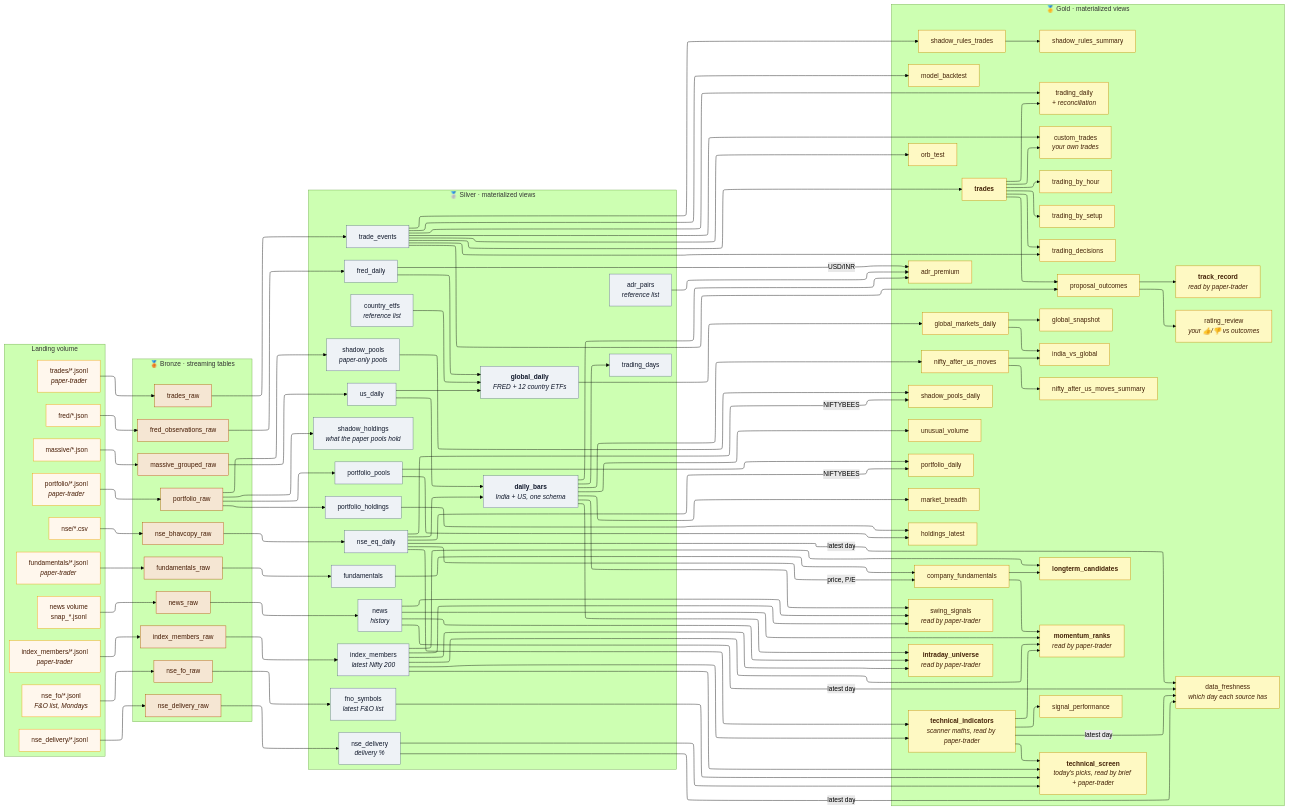
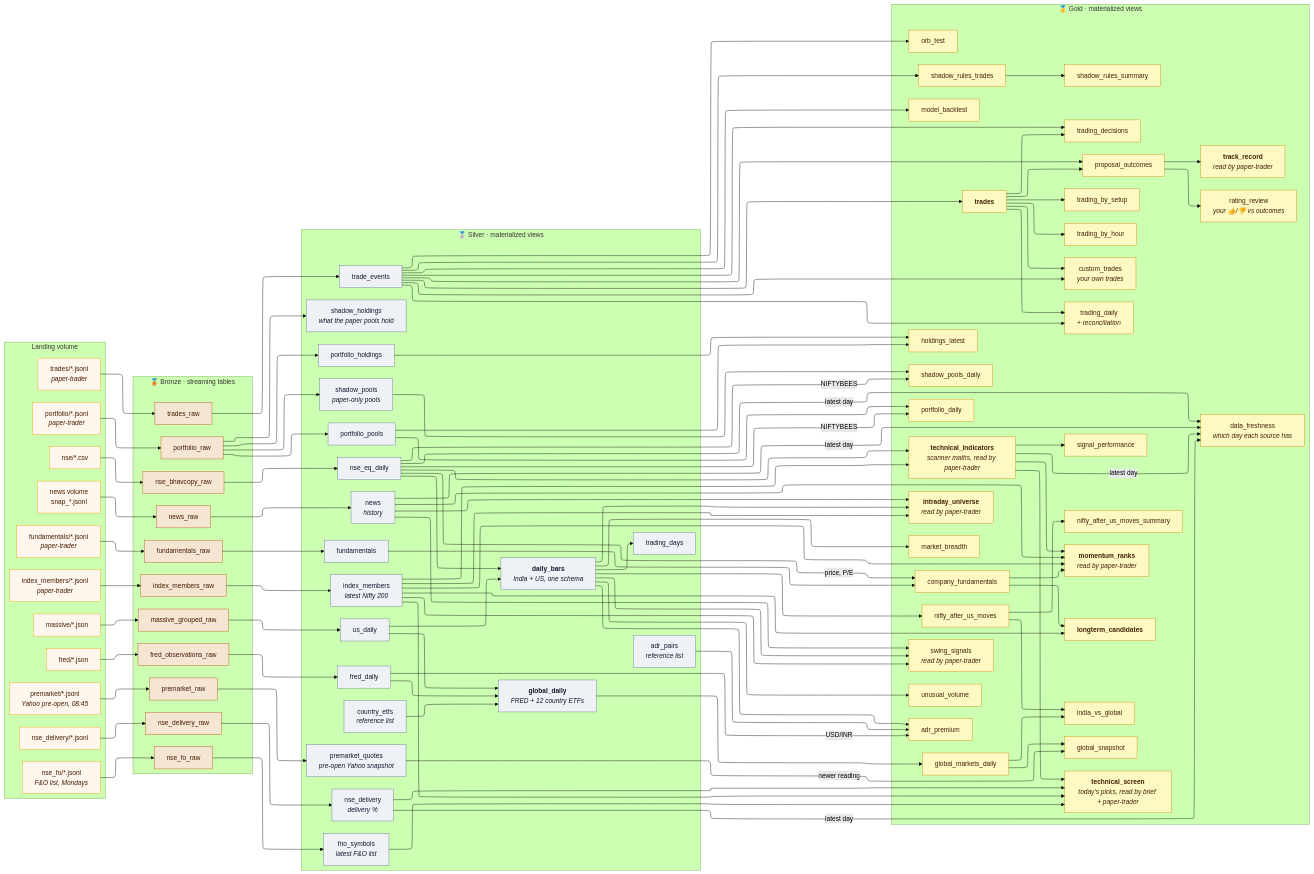
Before and after one commit to bumblebee26/stocks_lakehouse: the diagram in docs/diagrams/03_lineage.mmd, drawn with Mermaid (forest theme). The commit also changed 19 other files, not shown here.

First line of the commit message:
Docs: pre-open snapshot job, nearer-target and retest shadow labels (#59)

```diff
--- a/docs/diagrams/03_lineage.mmd
+++ b/docs/diagrams/03_lineage.mmd
@@ -1,169 +1,173 @@
 ---
 config:
   layout: elk
   elk:
     mergeEdges: false
     nodePlacementStrategy: NETWORK_SIMPLEX
 ---
 flowchart LR
     subgraph LAND["Landing volume"]
         direction TB
         LN["nse/*.csv"]
         LD["nse_delivery/*.jsonl"]
         LO["nse_fo/*.jsonl<br/><i>F&amp;O list, Mondays</i>"]
         LM["massive/*.json"]
         LF["fred/*.json"]
+        LY["premarket/*.jsonl<br/><i>Yahoo pre-open, 08:45</i>"]
         LT["trades/*.jsonl<br/><i>paper-trader</i>"]
         LP["portfolio/*.jsonl<br/><i>paper-trader</i>"]
         LU["fundamentals/*.jsonl<br/><i>paper-trader</i>"]
         LI["index_members/*.jsonl<br/><i>paper-trader</i>"]
         LW["news volume<br/>snap_*.jsonl"]
     end
 
     subgraph B["🥉 Bronze · streaming tables"]
         direction TB
         B1["nse_bhavcopy_raw"]
         B2["massive_grouped_raw"]
         B3["fred_observations_raw"]
         B4["trades_raw"]
         B5["portfolio_raw"]
         B6["fundamentals_raw"]
         B7["index_members_raw"]
         B8["news_raw"]
         B9["nse_delivery_raw"]
         B10["nse_fo_raw"]
+        B11["premarket_raw"]
     end
 
     subgraph S["🥈 Silver · materialized views"]
         direction TB
         S1["nse_eq_daily"]
         S2["us_daily"]
         S3["<b>daily_bars</b><br/><i>India + US, one schema</i>"]
         S4["trading_days"]
         S5["fred_daily"]
         S6["<b>global_daily</b><br/><i>FRED + 12 country ETFs</i>"]
         S7["trade_events"]
         S8["portfolio_pools"]
         S9["portfolio_holdings"]
         S10["fundamentals"]
         S11["index_members<br/><i>latest Nifty 200</i>"]
         S12["news<br/><i>history</i>"]
         S13["country_etfs<br/><i>reference list</i>"]
         S14["adr_pairs<br/><i>reference list</i>"]
         S15["shadow_pools<br/><i>paper-only pools</i>"]
         S16["nse_delivery<br/><i>delivery %</i>"]
         S17["fno_symbols<br/><i>latest F&amp;O list</i>"]
         S18["shadow_holdings<br/><i>what the paper pools hold</i>"]
+        S19["premarket_quotes<br/><i>pre-open Yahoo snapshot</i>"]
     end
 
     subgraph G["🥇 Gold · materialized views"]
         direction TB
         G1["unusual_volume"]
         G2["market_breadth"]
         G3["nifty_after_us_moves"]
         G4["nifty_after_us_moves_summary"]
         G5["adr_premium"]
         G6["global_markets_daily"]
         G7["global_snapshot"]
         G8["india_vs_global"]
         G9["<b>trades</b>"]
         G10["trading_daily<br/><i>+ reconciliation</i>"]
         G11["trading_by_setup"]
         G12["trading_by_hour"]
         G13["trading_decisions"]
         G14["portfolio_daily"]
         G15["holdings_latest"]
         G16["company_fundamentals"]
         G17["<b>longterm_candidates</b>"]
         G18["proposal_outcomes"]
         G19["<b>track_record</b><br/><i>read by paper-trader</i>"]
         G20["custom_trades<br/><i>your own trades</i>"]
         G21["<b>intraday_universe</b><br/><i>read by paper-trader</i>"]
         G22["swing_signals<br/><i>read by paper-trader</i>"]
         G23["shadow_pools_daily"]
         G24["<b>technical_indicators</b><br/><i>scanner maths, read by paper-trader</i>"]
         G25["<b>technical_screen</b><br/><i>today's picks, read by brief + paper-trader</i>"]
         G26["signal_performance"]
         G27["data_freshness<br/><i>which day each source has</i>"]
         G28["rating_review<br/><i>your 👍/👎 vs outcomes</i>"]
         G29["shadow_rules_trades"]
         G30["shadow_rules_summary"]
         G31["orb_test"]
         G32["model_backtest"]
         G33["<b>momentum_ranks</b><br/><i>read by paper-trader</i>"]
     end
 
     LN --> B1 --> S1 --> S3
     LM --> B2 --> S2 --> S3
     LF --> B3 --> S5 --> S6
     S2 --> S6
     S13 --> S6
     S3 --> S4
     S3 --> G1
     S3 --> G2
     S3 --> G3 --> G4
     S3 --> G5
     S14 --> G5
     S5 -- "USD/INR" --> G5
     S6 --> G6 --> G7
+    LY --> B11 --> S19 -- "newer reading" --> G7
     G6 --> G8
     G3 --> G8
     LT --> B4 --> S7 --> G9
     G9 --> G10
     S7 --> G10
     G9 --> G11
     G9 --> G12
     G9 --> G13
     S7 --> G13
     S7 --> G18
     G9 --> G18 --> G19
     LP --> B5
     B5 --> S8
     B5 --> S9
     S8 --> G14
     S1 -- "NIFTYBEES" --> G14
     S9 --> G15
     S8 --> G15
     LU --> B6 --> S10 --> G16
     S1 -- "price, P/E" --> G16
     LI --> B7 --> S11 --> G17
     G16 --> G17
     LW --> B8 --> S12
     G9 --> G20
     S7 --> G20
     B5 --> S15 --> G23
     S1 -- "NIFTYBEES" --> G23
     S3 --> G21
     S11 --> G21
     S12 --> G21
     S3 --> G22
     S11 --> G22
     S12 --> G22
     LD --> B9 --> S16
     LO --> B10 --> S17
     S1 --> G24
     S11 --> G24
     G24 --> G25
     S11 --> G25
     S16 --> G25
     S17 --> G25
     G24 --> G26
     S1 & S16 & S12 & G24 -- "latest day" --> G27
     B5 --> S18
     G18 --> G28
     S7 --> G29 --> G30
     S7 --> G31
     S7 --> G32
     G24 --> G33
     G16 --> G33
     S11 --> G33
     S12 --> G33
 
     classDef land fill:#fff7ed,stroke:#f59e0b,color:#451a03
     classDef bronze fill:#f5e6d3,stroke:#b45309,color:#451a03
     classDef silver fill:#eef2f6,stroke:#64748b,color:#0f172a
     classDef gold fill:#fef9c3,stroke:#ca8a04,color:#422006
-    class LN,LD,LO,LM,LF,LT,LP,LU,LI,LW land
-    class B1,B2,B3,B4,B5,B6,B7,B8,B9,B10 bronze
-    class S1,S2,S3,S4,S5,S6,S7,S8,S9,S10,S11,S12,S13,S14,S15,S16,S17,S18 silver
+    class LN,LD,LO,LM,LF,LY,LT,LP,LU,LI,LW land
+    class B1,B2,B3,B4,B5,B6,B7,B8,B9,B10,B11 bronze
+    class S1,S2,S3,S4,S5,S6,S7,S8,S9,S10,S11,S12,S13,S14,S15,S16,S17,S18,S19 silver
     class G1,G2,G3,G4,G5,G6,G7,G8,G9,G10,G11,G12,G13,G14,G15,G16,G17,G18,G19,G20,G21,G22,G23,G24,G25,G26,G27,G28,G29,G30,G31,G32,G33 gold
```
